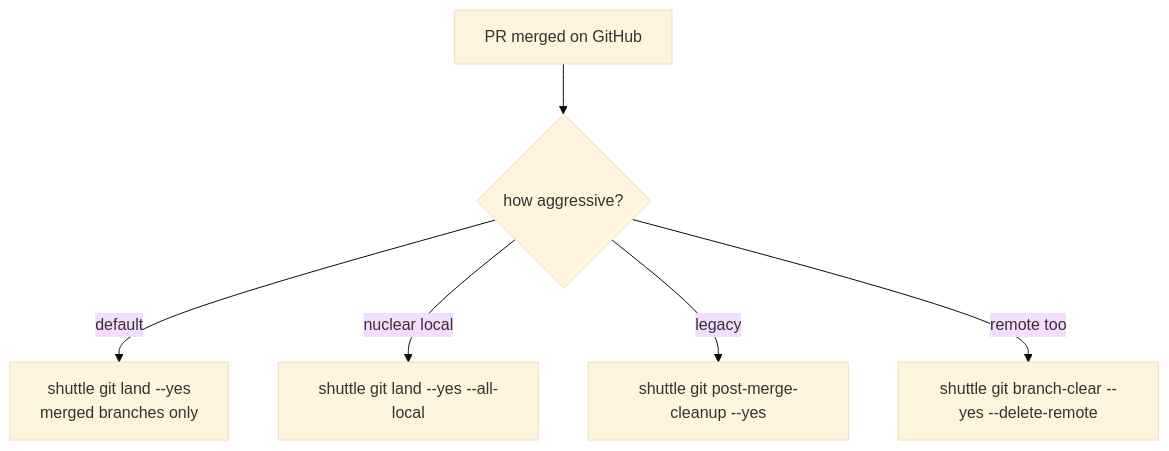
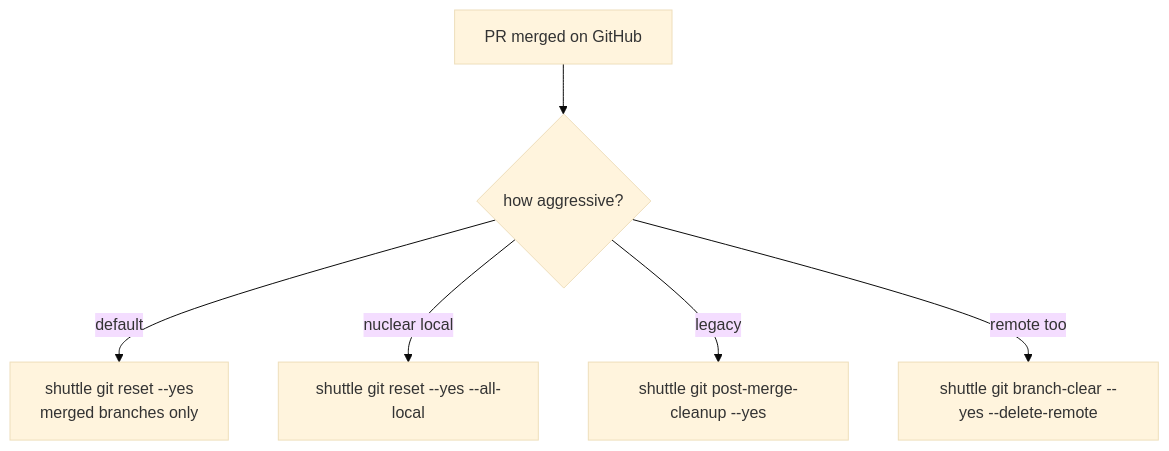
Before and after one commit to gardusig/shuttle-cli: the fifth of 7 diagrams in docs/workflows.md, drawn with Mermaid (base theme). The commit also changed other lines of this file and 69 other files, not shown here.

First line of the commit message:
Unify git reset/push workflow, add shuttle docker, expand integration tests (#11)

````diff
--- a/docs/workflows.md
+++ b/docs/workflows.md
@@ -117,8 +117,8 @@
 ```mermaid
 flowchart TD
     A["PR merged on GitHub"] --> B{"how aggressive?"}
-    B -->|default| C["shuttle git land --yes<br/>merged branches only"]
-    B -->|nuclear local| D["shuttle git land --yes --all-local"]
+    B -->|default| C["shuttle git reset --yes<br/>merged branches only"]
+    B -->|nuclear local| D["shuttle git reset --yes --all-local"]
     B -->|legacy| E["shuttle git post-merge-cleanup --yes"]
     B -->|remote too| F["shuttle git branch-clear --yes --delete-remote"]
 ```
````
